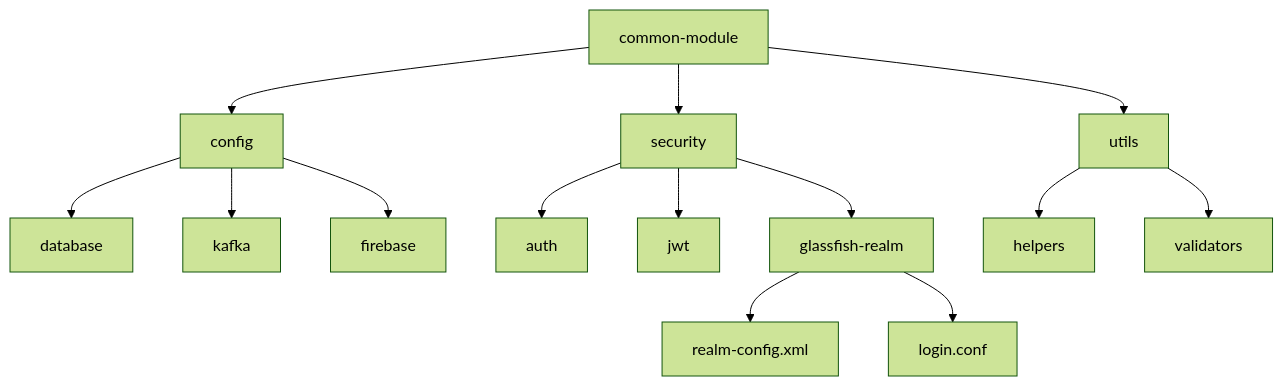
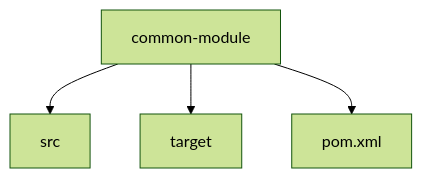
Before and after one commit to marouaneaka/gofit: the second of 13 diagrams in conception/ArchitectureTechnique.md, drawn with Mermaid (forest theme). The commit also changed other lines of this file, not shown here.

````diff
--- a/conception/ArchitectureTechnique.md
+++ b/conception/ArchitectureTechnique.md
@@ -69,21 +49,10 @@
 ```mermaid
 graph TD
     common[common-module]
-    common --> sharedConfig[config]
-    common --> security[security]
-    common --> utils[utils]
+    common --> src[src]
+    common --> target[target]
+    common --> pom.xml[pom.xml]
+
     
-    sharedConfig --> db[database]
-    sharedConfig --> kafka[kafka]
-    sharedConfig --> firebase[firebase]
-    
-    security --> auth[auth]
-    security --> jwt[jwt]
-    security --> realm[glassfish-realm]
-    
-    realm --> realmConfig[realm-config.xml]
-    realm --> loginConfig[login.conf]
-    
-    utils --> helpers[helpers]
-    utils --> validators[validators]
+
 ```
````
